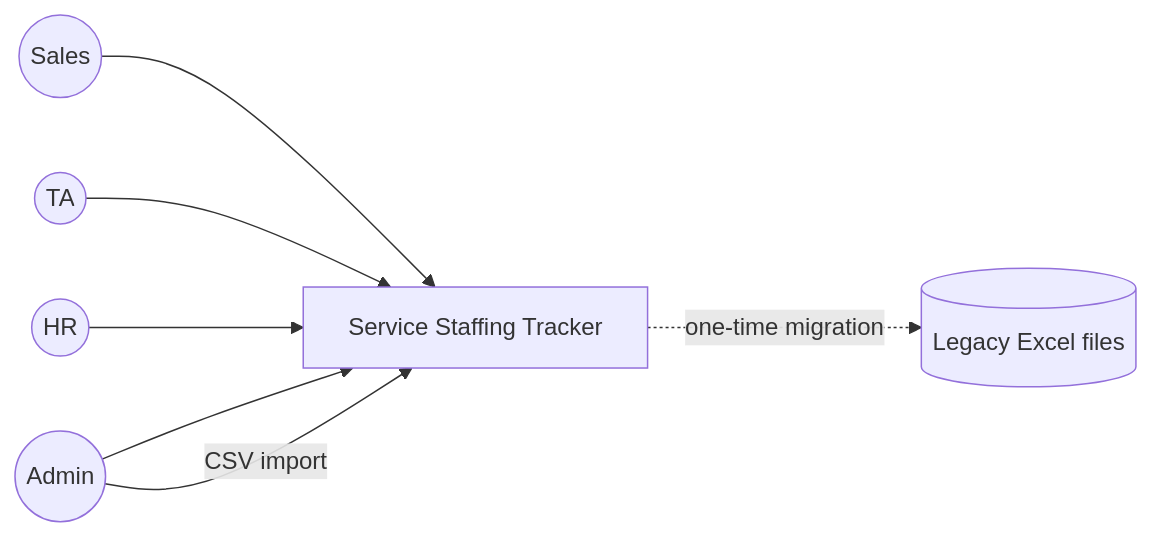
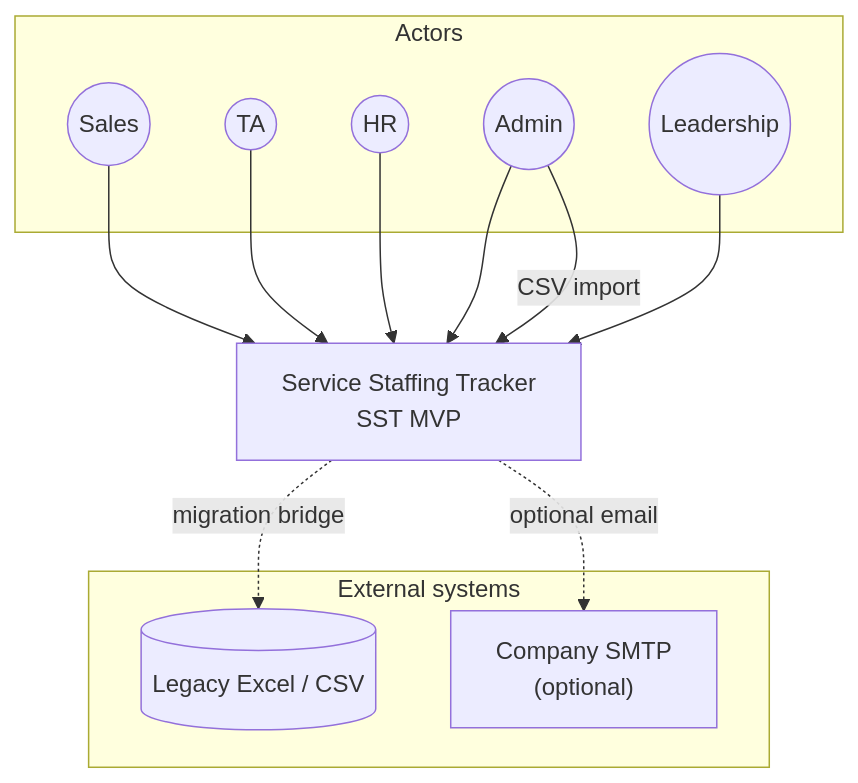
The first of 3 diagrams in docs/06-system-design/C4_MODEL.md (Ananyabal1234/SST_v1_monorepo), drawn with Mermaid before and after one commit. The commit also changed other lines of this file and 43 other files, not shown here.

````diff
--- a/docs/06-system-design/C4_MODEL.md
+++ b/docs/06-system-design/C4_MODEL.md
@@ -23,15 +25,26 @@
 ```mermaid
-flowchart LR
-  Sales((Sales))
-  TA((TA))
-  HR((HR))
-  Admin((Admin))
-  SST[Service Staffing Tracker]
-  Excel[(Legacy Excel files)]
+flowchart TB
+  subgraph actors [Actors]
+    Sales((Sales))
+    TA((TA))
+    HR((HR))
+    Admin((Admin))
+    Lead((Leadership))
+  end
+
+  SST["Service Staffing Tracker<br/>SST MVP"]
+
+  subgraph external [External systems]
+    Excel[("Legacy Excel / CSV")]
+    SMTP["Company SMTP<br/>(optional)"]
+  end
+
   Sales --> SST
   TA --> SST
   HR --> SST
   Admin --> SST
-  Admin -->|CSV import| SST
-  SST -.->|one-time migration| Excel
+  Lead --> SST
+  Admin -->|"CSV import"| SST
+  SST -.->|"migration bridge"| Excel
+  SST -.->|"optional email"| SMTP
 ```
````
